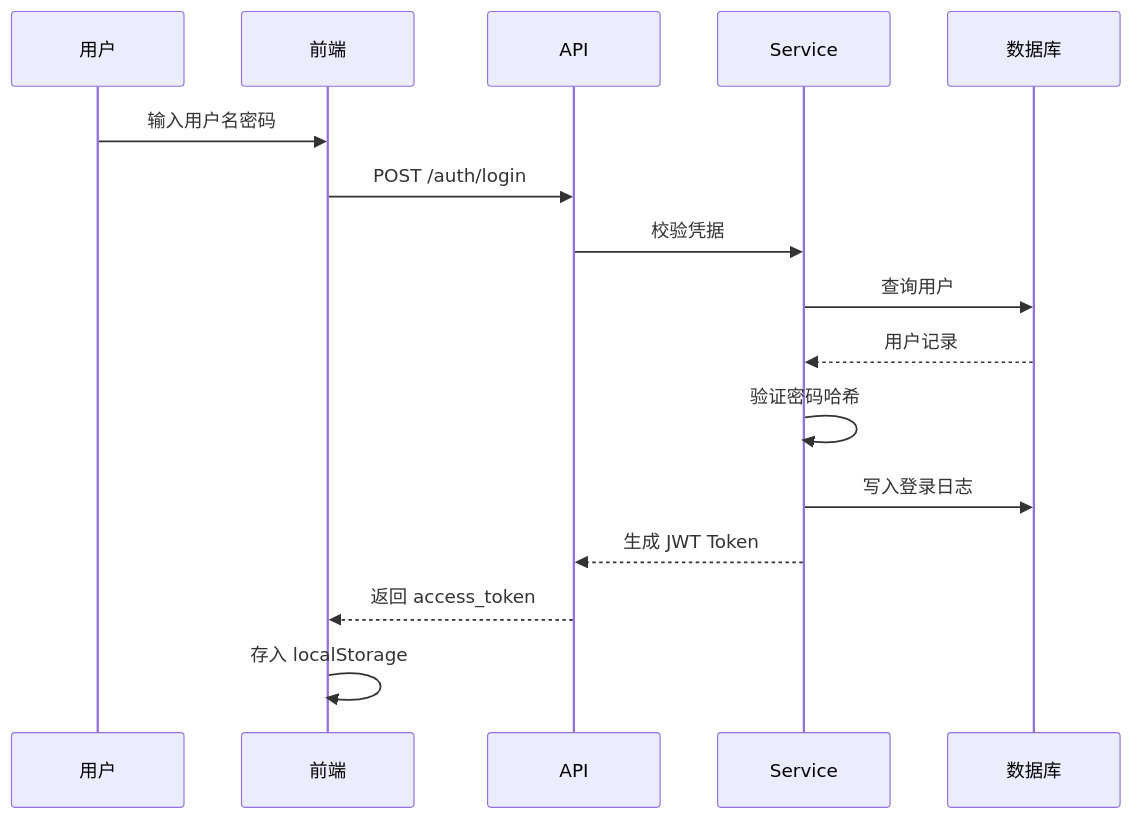
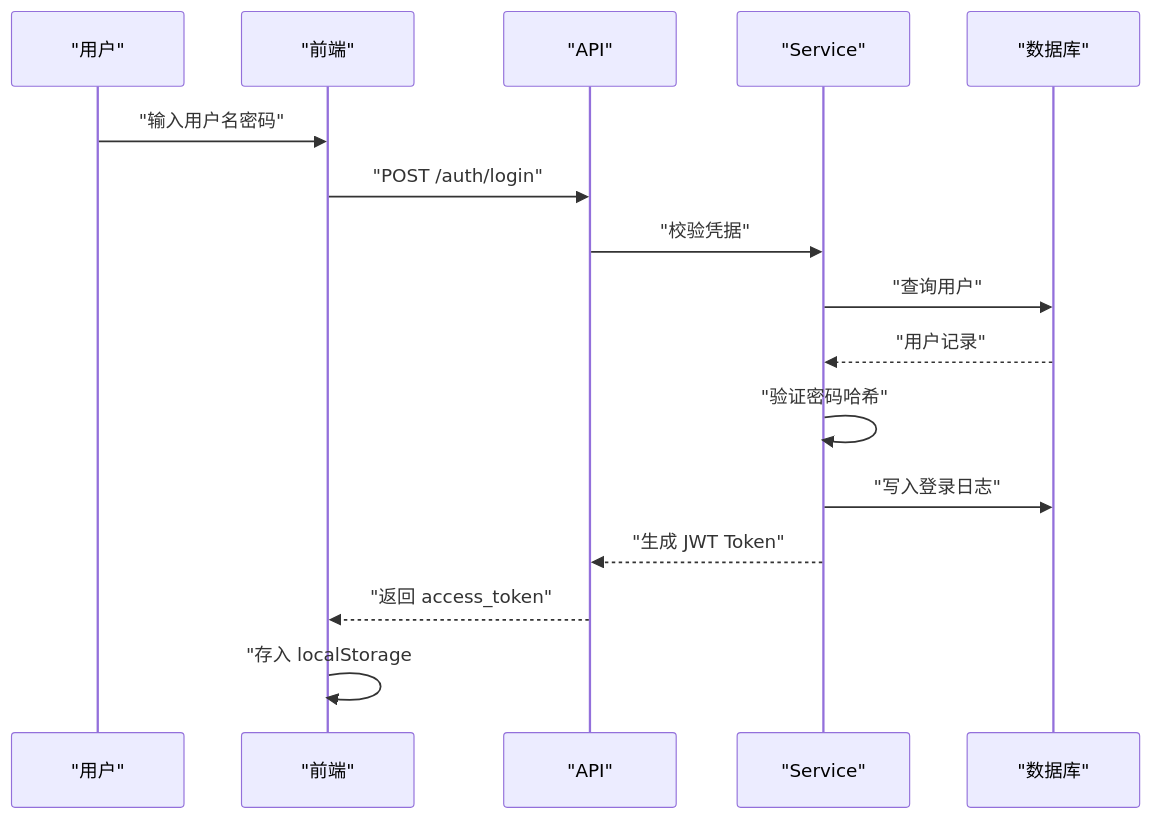
The second of 5 diagrams in README.md (cross-lang/x-HanJiang), drawn with Mermaid before and after one commit. The commit also changed other lines of this file and 2 other files, not shown here.

````diff
--- a/README.md
+++ b/README.md
@@ -122,19 +122,19 @@
 ```mermaid
 sequenceDiagram
-    participant U as 用户
-    participant F as 前端
-    participant A as API
-    participant S as Service
-    participant DB as 数据库
+    participant U as "用户"
+    participant F as "前端"
+    participant A as "API"
+    participant S as "Service"
+    participant DB as "数据库"
 
-    U->>F: 输入用户名密码
-    F->>A: POST /auth/login
-    A->>S: 校验凭据
-    S->>DB: 查询用户
-    DB-->>S: 用户记录
-    S->>S: 验证密码哈希
-    S->>DB: 写入登录日志
-    S-->>A: 生成 JWT Token
-    A-->>F: 返回 access_token
-    F->>F: 存入 localStorage
+    U->>F: "输入用户名密码"
+    F->>A: "POST /auth/login"
+    A->>S: "校验凭据"
+    S->>DB: "查询用户"
+    DB-->>S: "用户记录"
+    S->>S: "验证密码哈希"
+    S->>DB: "写入登录日志"
+    S-->>A: "生成 JWT Token"
+    A-->>F: "返回 access_token"
+    F->>F: "存入 localStorage
 ```
````
